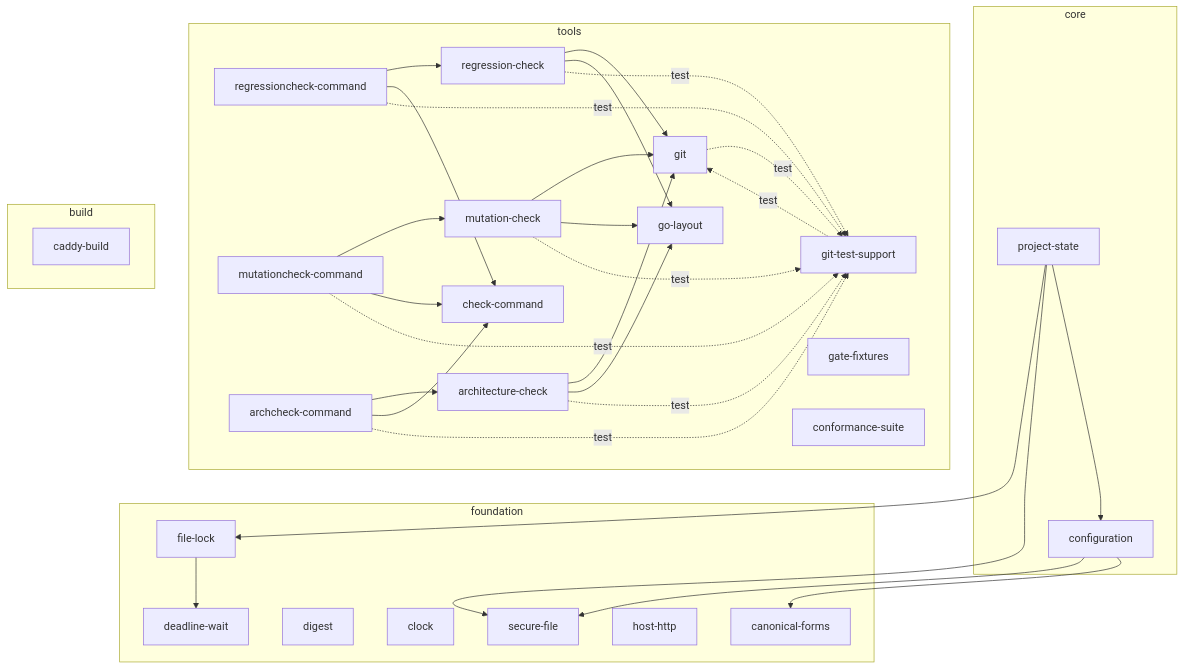
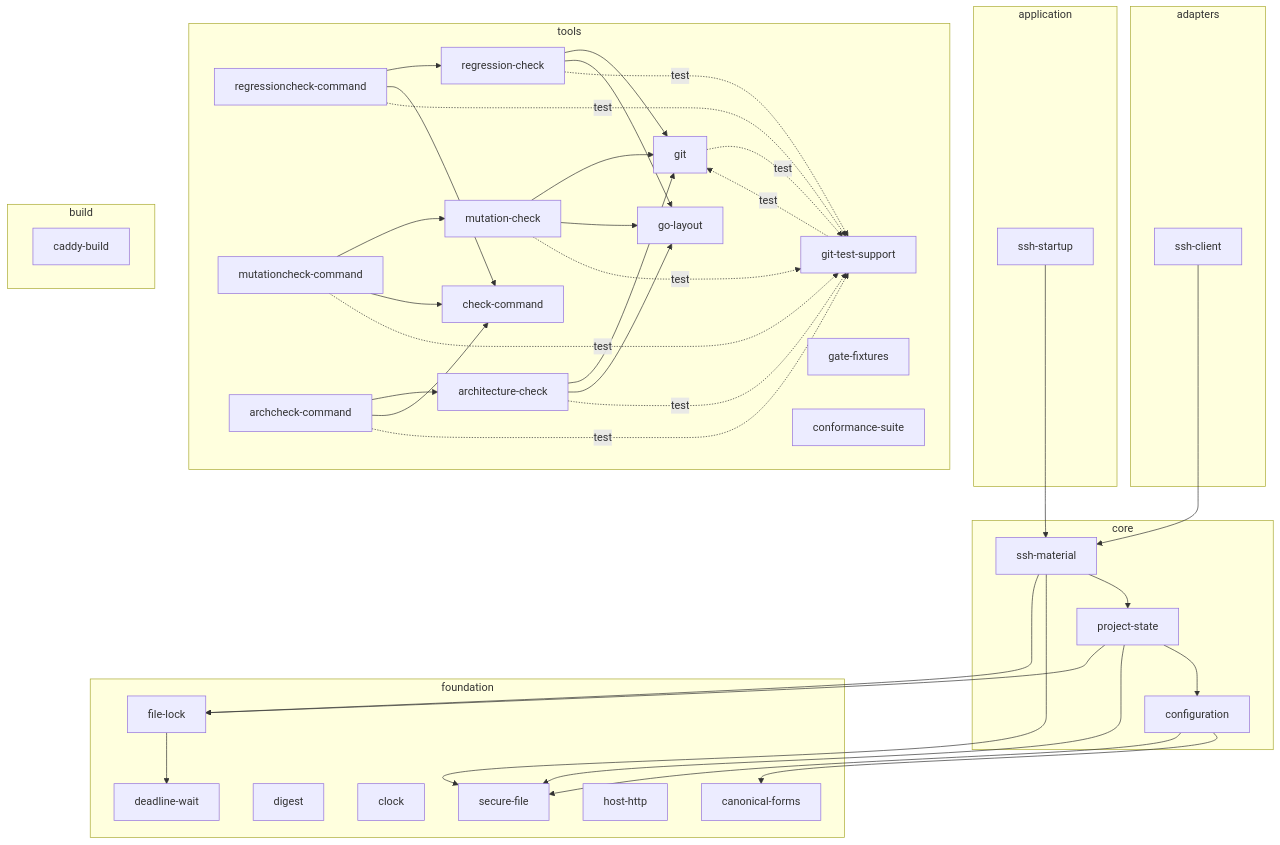
The diagram in docs/architecture/go-architecture.md (OpenRAE/lilrae), drawn with Mermaid before and after one commit. The commit also changed 36 other files, not shown here.

````diff
--- a/docs/architecture/go-architecture.md
+++ b/docs/architecture/go-architecture.md
@@ -17,59 +17,71 @@
 ```mermaid
 flowchart TB
+    subgraph layer_application[application]
+        component_ssh_startup[ssh-startup]
+    end
+    subgraph layer_adapters[adapters]
+        component_ssh_client[ssh-client]
+    end
     subgraph layer_core[core]
         component_configuration[configuration]
         component_project_state[project-state]
+        component_ssh_material[ssh-material]
     end
     subgraph layer_foundation[foundation]
         component_canonical_forms[canonical-forms]
         component_digest[digest]
         component_clock[clock]
         component_deadline_wait[deadline-wait]
         component_host_http[host-http]
         component_secure_file[secure-file]
         component_file_lock[file-lock]
     end
     subgraph layer_tools[tools]
         component_regressioncheck_command[regressioncheck-command]
         component_mutationcheck_command[mutationcheck-command]
         component_archcheck_command[archcheck-command]
         component_regression_check[regression-check]
         component_mutation_check[mutation-check]
         component_architecture_check[architecture-check]
         component_check_command[check-command]
         component_go_layout[go-layout]
         component_git[git]
         component_git_test_support[git-test-support]
         component_gate_fixtures[gate-fixtures]
         component_conformance_suite[conformance-suite]
     end
     subgraph layer_build[build]
         component_caddy_build[caddy-build]
     end
     component_regressioncheck_command --> component_regression_check
     component_regressioncheck_command --> component_check_command
     component_regressioncheck_command -. test .-> component_git_test_support
     component_mutationcheck_command --> component_mutation_check
     component_mutationcheck_command --> component_check_command
     component_mutationcheck_command -. test .-> component_git_test_support
     component_archcheck_command --> component_architecture_check
     component_archcheck_command --> component_check_command
     component_archcheck_command -. test .-> component_git_test_support
     component_regression_check --> component_git
     component_regression_check --> component_go_layout
     component_regression_check -. test .-> component_git_test_support
     component_mutation_check --> component_git
     component_mutation_check --> component_go_layout
     component_mutation_check -. test .-> component_git_test_support
     component_architecture_check --> component_git
     component_architecture_check --> component_go_layout
     component_architecture_check -. test .-> component_git_test_support
     component_git -. test .-> component_git_test_support
     component_git_test_support -. test .-> component_git
     component_file_lock --> component_deadline_wait
     component_configuration --> component_canonical_forms
     component_configuration --> component_secure_file
     component_project_state --> component_configuration
     component_project_state --> component_secure_file
     component_project_state --> component_file_lock
+    component_ssh_material --> component_project_state
+    component_ssh_material --> component_secure_file
+    component_ssh_material --> component_file_lock
+    component_ssh_client --> component_ssh_material
+    component_ssh_startup --> component_ssh_material
 ```
````
